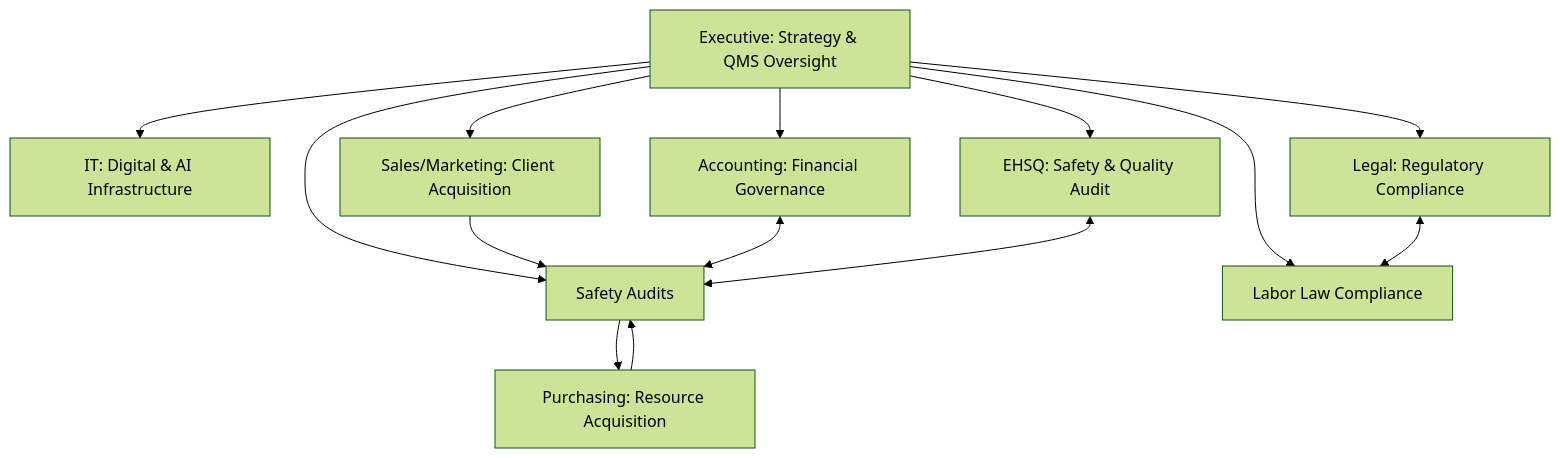
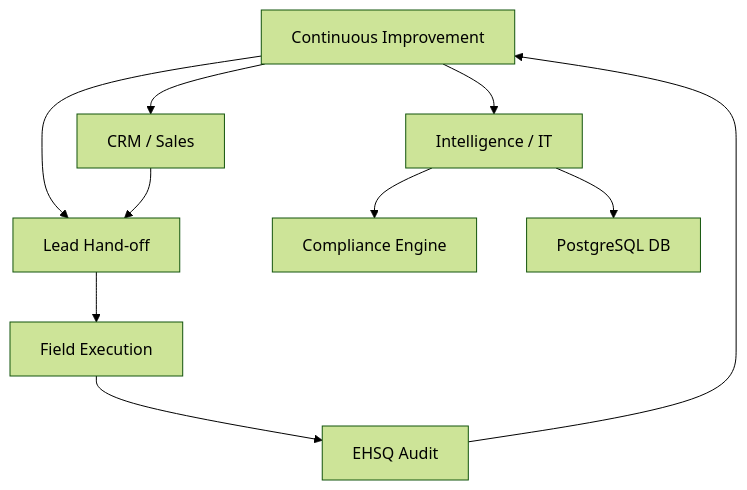
The diagram in HWB-COMPANY/HWB-QMS/HWB-QMS-5.5 Departmental Infrastructure and Governance SOP.md (Humbertoed11/hwb-institutional-website), drawn with Mermaid (forest theme) before and after one commit. The commit also changed other lines of this file and 236 other files, not shown here.

````diff
--- a/HWB-COMPANY/HWB-QMS/HWB-QMS-5.5 Departmental Infrastructure and Governance SOP.md
+++ b/HWB-COMPANY/HWB-QMS/HWB-QMS-5.5 Departmental Infrastructure and Governance SOP.md
@@ -106,16 +47,12 @@
 ```mermaid
 graph TD
-    A[Executive: Strategy & QMS Oversight] --> B[Operations: Service Delivery]
-    A --> C[HR: Competence & Personnel]
-    A --> D[IT: Digital & AI Infrastructure]
-    A --> E[EHSQ: Safety & Quality Audit]
-    A --> F[Accounting: Financial Governance]
-    A --> G[Legal: Regulatory Compliance]
-    A --> I[Sales/Marketing: Client Acquisition]
-    I --> B[New Client Onboarding]
-    B --> H[Purchasing: Resource Acquisition]
-    F <--> B[Billing/Payroll]
-    G <--> C[Labor Law Compliance]
-    H --> B[Supplies/Equipment]
-    E <--> B[Safety Audits]
+    A[Executive Department] --> B[Operations Hub]
+    A --> C[CRM / Sales]
+    A --> D[Intelligence / IT]
+    B --> E[Field Execution]
+    C --> B[Lead Hand-off]
+    D --> F[Compliance Engine]
+    D --> G[PostgreSQL DB]
+    E --> H[EHSQ Audit]
+    H --> A[Continuous Improvement]
 ```
````
